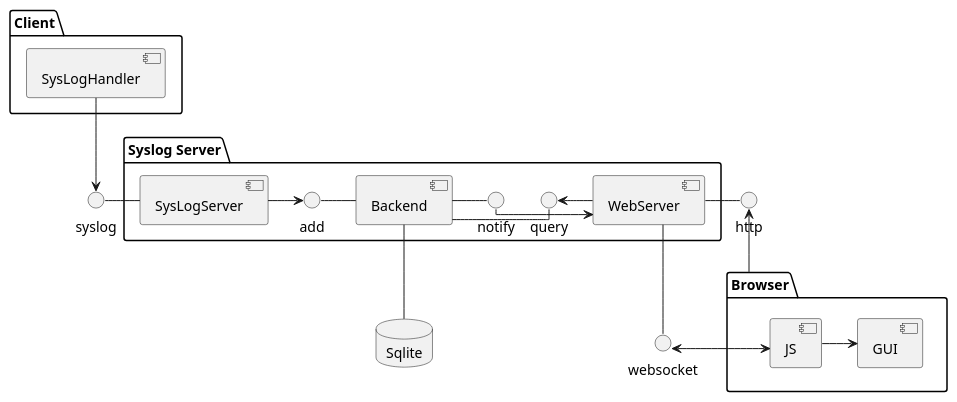
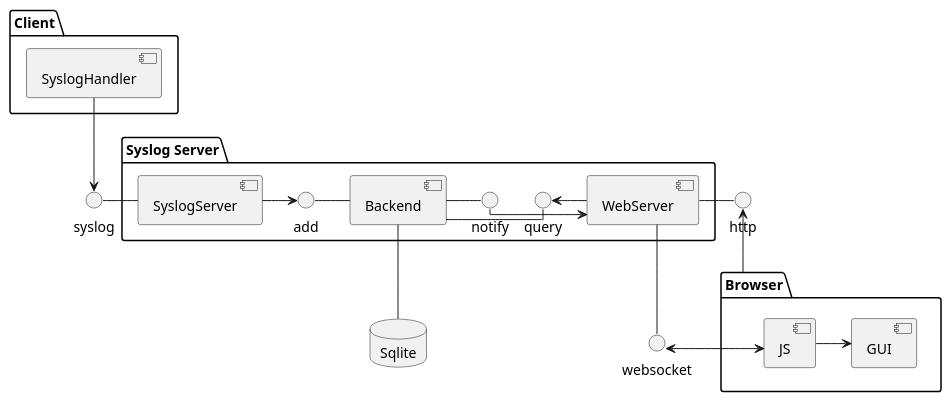
Before and after one commit to hat-open/hat-syslog: the diagram in docs/server.rst, drawn with PlantUML. The commit also changed 6 other files, not shown here.

```diff
--- a/docs/server.rst
+++ b/docs/server.rst
@@ -11,45 +11,45 @@
 .. uml::
 
     skinparam linetype ortho
 
     folder Client {
-        component SysLogHandler
+        component SyslogHandler
     }
 
     folder "Syslog Server" {
-        component SysLogServer
+        component SyslogServer
         component Backend
         component WebServer
 
         interface add
         interface query
         interface notify
     }
 
     folder Browser {
         component JS
         component GUI
     }
 
     database Sqlite
 
     interface syslog
     interface http
     interface websocket
 
-    syslog - SysLogServer
+    syslog - SyslogServer
     Backend -- Sqlite
     add - Backend
     Backend - query
     Backend - notify
     http - WebServer
     WebServer -- websocket
 
-    SysLogHandler --> syslog
-    SysLogServer -> add
+    SyslogHandler --> syslog
+    SyslogServer -> add
     query <- WebServer
     notify -> WebServer
 
     http <-- Browser
     websocket <-> JS
     JS -> GUI
```
